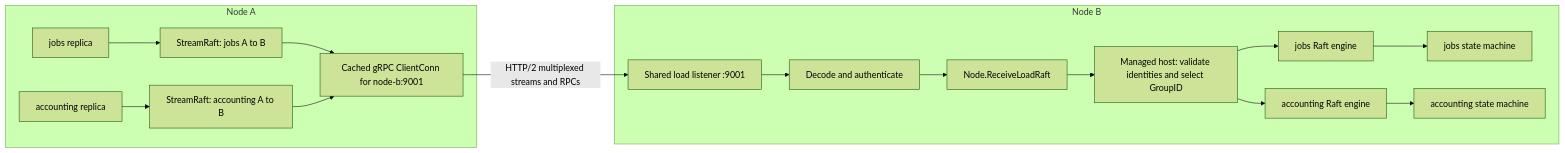
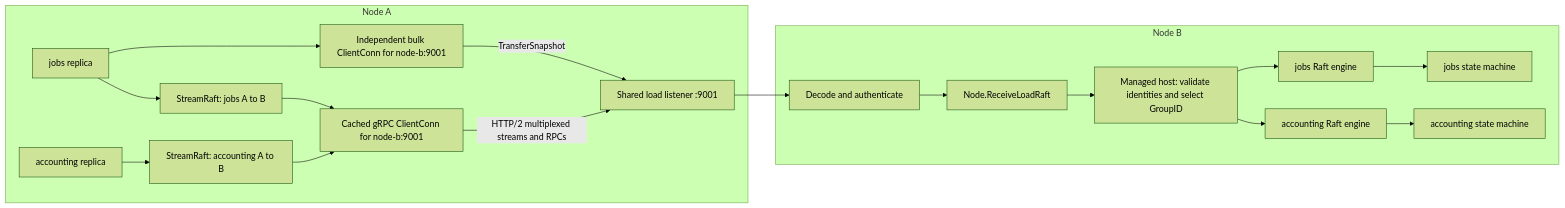
Before and after one commit to asalimonov/gquorum: the diagram in docs/architecture/load-transport-multiplexing.md, drawn with Mermaid (forest theme). The commit also changed other lines of this file and 164 other files, not shown here.

````diff
--- a/docs/architecture/load-transport-multiplexing.md
+++ b/docs/architecture/load-transport-multiplexing.md
@@ -41,19 +44,21 @@
 ```mermaid
 flowchart LR
     subgraph A[Node A]
         AJ[jobs replica] --> ASJ[StreamRaft: jobs A to B]
         AA[accounting replica] --> ASA[StreamRaft: accounting A to B]
         ASJ --> AC[Cached gRPC ClientConn for node-b:9001]
         ASA --> AC
+        AJ --> AB[Independent bulk ClientConn for node-b:9001]
+        AB -->|TransferSnapshot| BL
     end
     AC -->|HTTP/2 multiplexed streams and RPCs| BL
     subgraph B[Node B]
         BL[Shared load listener :9001] --> BA[Decode and authenticate]
         BA --> BN[Node.ReceiveLoadRaft]
         BN --> BH[Managed host: validate identities and select GroupID]
         BH --> BJ[jobs Raft engine]
         BH --> BB[accounting Raft engine]
         BJ --> BJS[jobs state machine]
         BB --> BAS[accounting state machine]
     end
 ```
````
